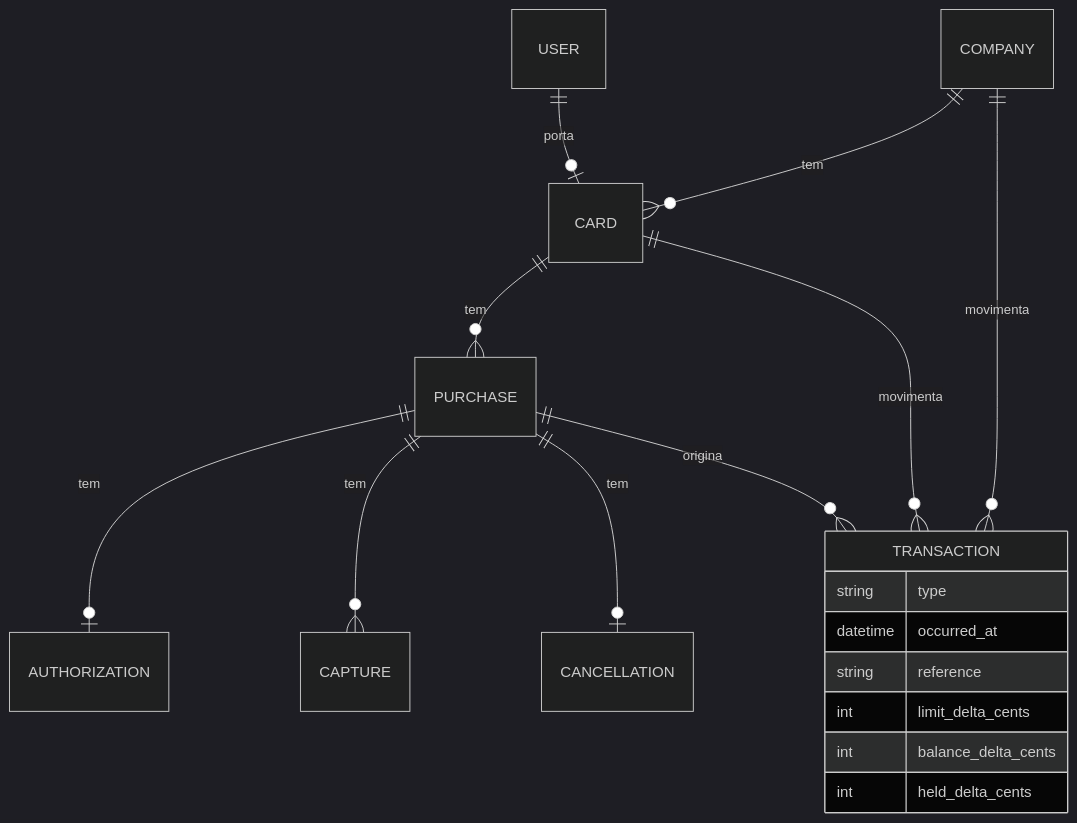
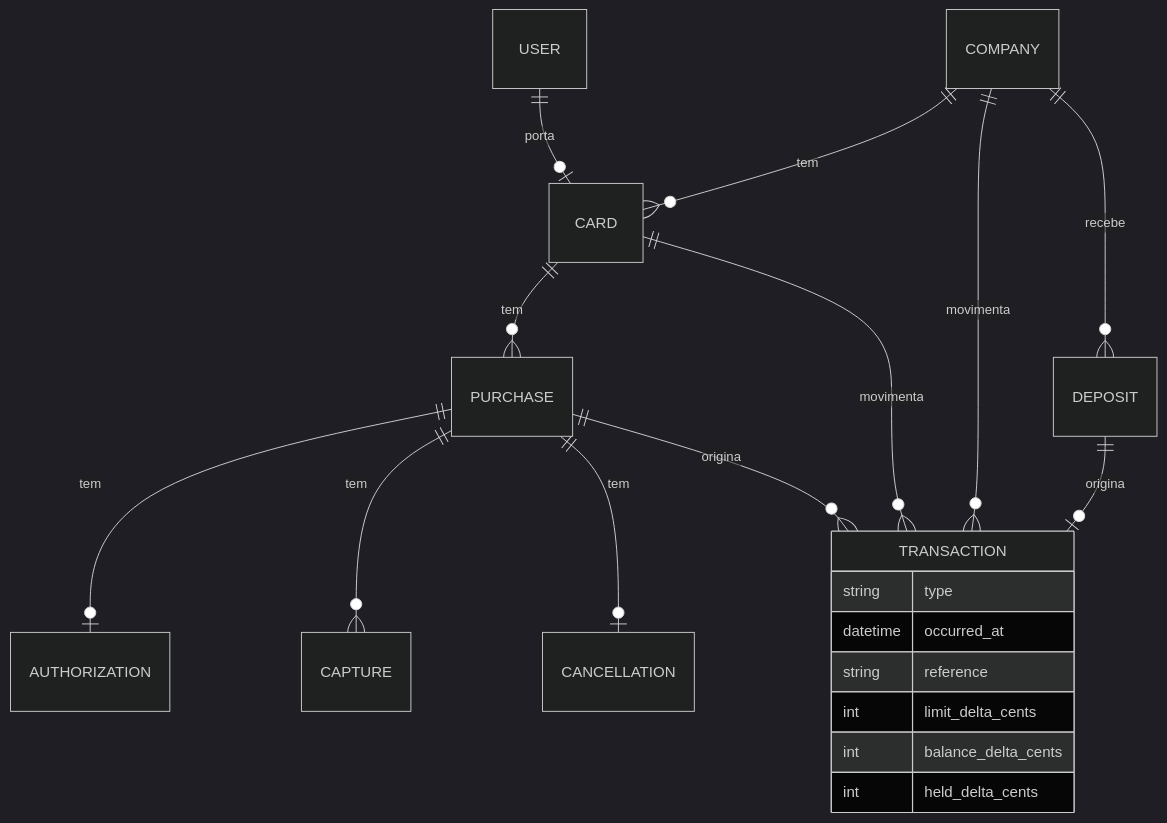
One commit to Gabrielvsiqueira/3pontos-fullstack-test changed the fourth of 4 diagrams in MODEL.md. Above: the diagram before and after it, drawn with Mermaid (dark theme). The commit also changed other lines of this file and 37 other files, not shown here.

First line of the commit message:
feat(db): add schema, models and Acme seed

````diff
--- a/MODEL.md
+++ b/MODEL.md
@@ -83,21 +83,23 @@
 ```mermaid
 erDiagram
     COMPANY ||--o{ CARD : "tem"
     USER ||--o| CARD : "porta"
     CARD ||--o{ PURCHASE : "tem"
     PURCHASE ||--o| AUTHORIZATION : "tem"
     PURCHASE ||--o{ CAPTURE : "tem"
     PURCHASE ||--o| CANCELLATION : "tem"
+    COMPANY ||--o{ DEPOSIT : "recebe"
+    DEPOSIT ||--o| TRANSACTION : "origina"
     COMPANY ||--o{ TRANSACTION : "movimenta"
     CARD ||--o{ TRANSACTION : "movimenta"
     PURCHASE ||--o{ TRANSACTION : "origina"
 
     TRANSACTION {
         string type
         datetime occurred_at
         string reference
         int limit_delta_cents
         int balance_delta_cents
         int held_delta_cents
     }
 ```
````
